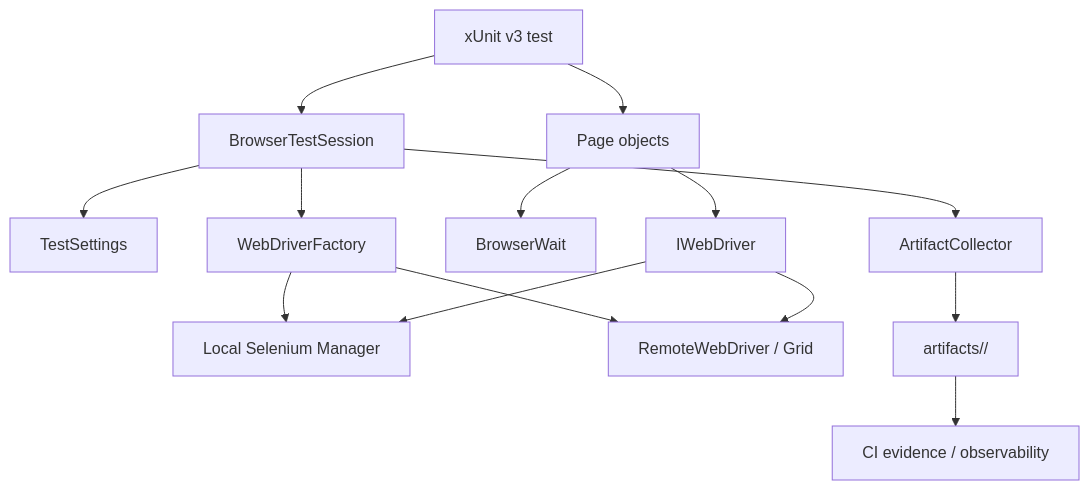
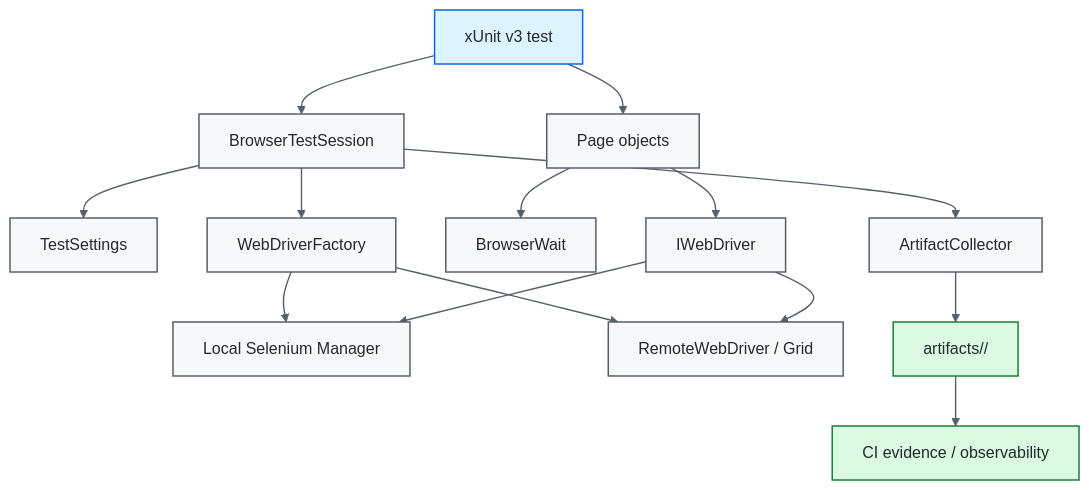
Before and after one commit to portyu9/qa-automation-dotnet-selenium: the second of 3 diagrams in README.md, drawn with Mermaid. The commit also changed other lines of this file, not shown here.

First line of the commit message:
Polish README badges and diagrams (#20)

````diff
--- a/README.md
+++ b/README.md
@@ -66,16 +75,25 @@
 ```mermaid
 flowchart TD
     TEST[xUnit v3 test] --> SESSION[BrowserTestSession]
     SESSION --> CFG[TestSettings]
     SESSION --> FACTORY[WebDriverFactory]
     FACTORY --> LOCAL[Local Selenium Manager]
     FACTORY --> GRID[RemoteWebDriver / Grid]
     TEST --> PAGE[Page objects]
     PAGE --> WAIT[BrowserWait]
     PAGE --> DRIVER[IWebDriver]
     DRIVER --> LOCAL
     DRIVER --> GRID
     SESSION --> ART[ArtifactCollector]
     ART --> OUT[artifacts/<run>/<test>]
     OUT --> CI[CI evidence / observability]
+
+    classDef entry fill:#ddf4ff,stroke:#0969da,color:#24292f,stroke-width:1.5px;
+    classDef core fill:#f6f8fa,stroke:#57606a,color:#24292f,stroke-width:1.5px;
+    classDef gate fill:#fbefff,stroke:#8250df,color:#24292f,stroke-width:1.5px;
+    classDef evidence fill:#dafbe1,stroke:#1a7f37,color:#24292f,stroke-width:1.5px;
+    class TEST entry;
+    class SESSION,CFG,FACTORY,LOCAL,GRID,PAGE,WAIT,DRIVER,ART core;
+    class OUT,CI evidence;
+    linkStyle default stroke:#57606a,stroke-width:1.4px;
 ```
````
